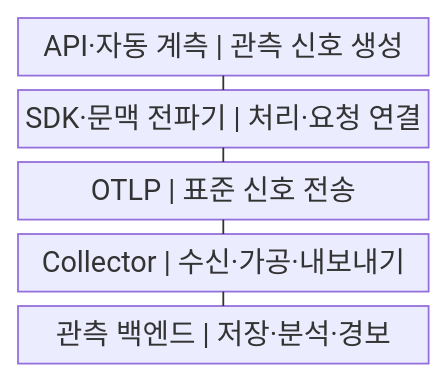
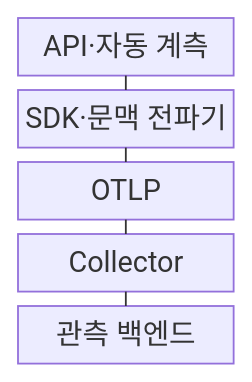
Before and after one commit to agnusdei1207/knowledge-base: the first of 2 diagrams in src/content/docs/notes/03-software/162_opentelemetry.md, drawn with Mermaid. The commit also changed other lines of this file and 238 other files, not shown here.

````diff
--- a/src/content/docs/notes/03-software/162_opentelemetry.md
+++ b/src/content/docs/notes/03-software/162_opentelemetry.md
@@ -56,13 +56,13 @@
 ```mermaid
-block
+block-beta
     columns 1
-    A["API·자동 계측 | 관측 신호 생성"]
-    B["SDK·문맥 전파기 | 처리·요청 연결"]
-    C["OTLP | 표준 신호 전송"]
-    D["Collector | 수신·가공·내보내기"]
-    E["관측 백엔드 | 저장·분석·경보"]
+    A["API·자동 계측"]
+    B["SDK·문맥 전파기"]
+    C["OTLP"]
+    D["Collector"]
+    E["관측 백엔드"]
     A --- B
     B --- C
     C --- D
     D --- E
 ```
````
